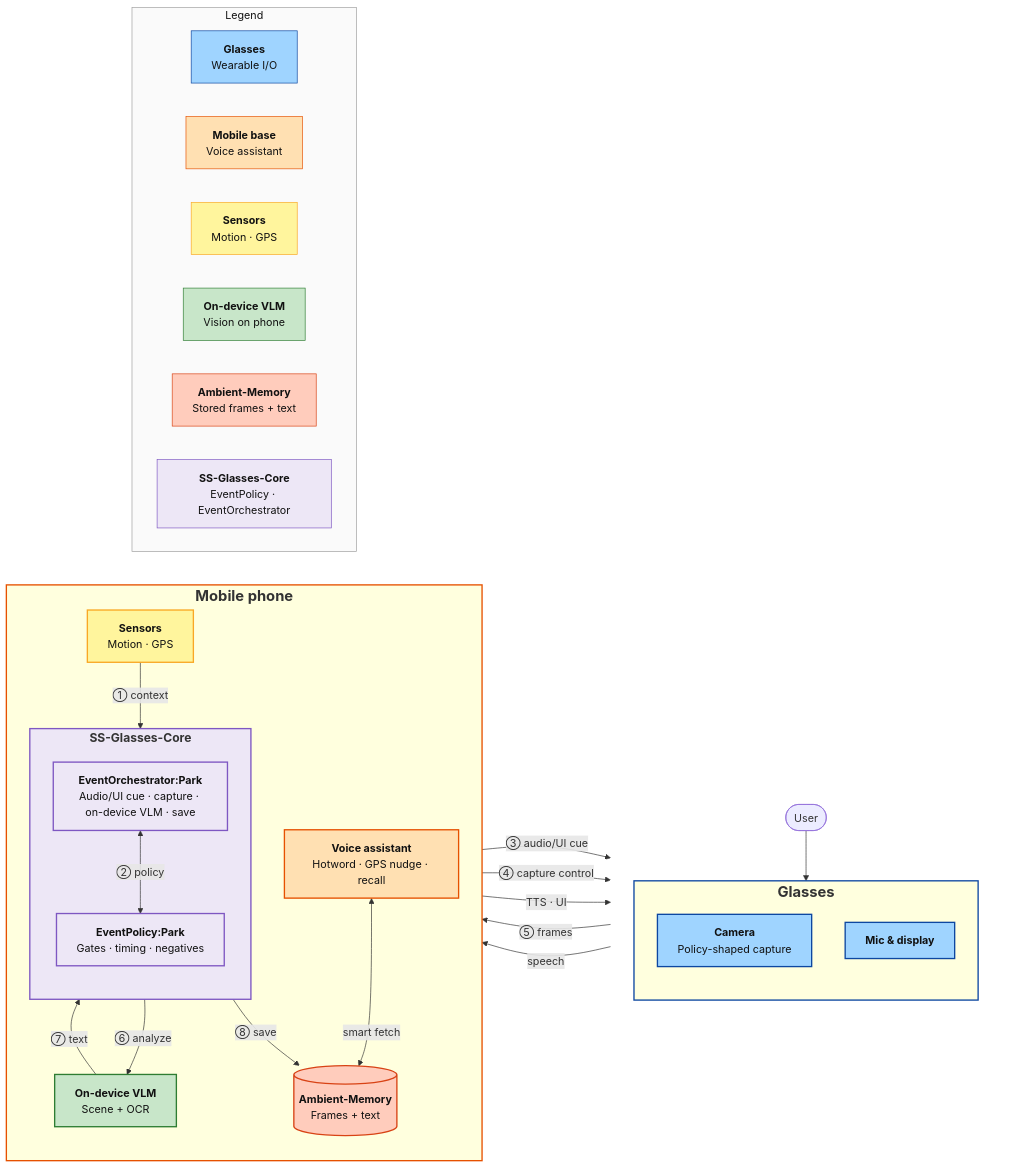
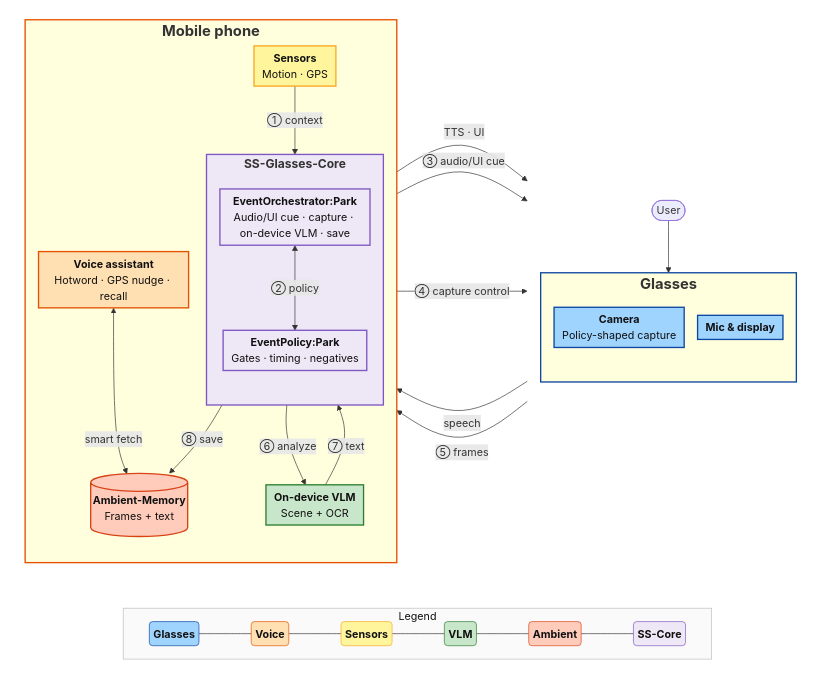
Before and after one commit to penkesiva/wer-26: the diagram in tmp/idea2_mark_car_parking_spot_architecture.mermaid, drawn with Mermaid. The commit also changed 3 other files, not shown here.

First line of the commit message:
docs(idea2|3): match idea1 compact bottom legend and TB layout

```diff
--- a/tmp/idea2_mark_car_parking_spot_architecture.mermaid
+++ b/tmp/idea2_mark_car_parking_spot_architecture.mermaid
@@ -1,90 +1,101 @@
 %% Idea 2 — Mark Car Parking Spot · mermaid.live
-%% LR columns: Glasses | Mobile (voice assistant inside) — Mic↔VA across column boundary
+%% TB: Glasses | Mobile on top, compact legend row below (tighter padding via init)
 %% <b>…</b> = bold title inside a box
 %% Glasses / Mobile phone labels: centered (native subgraph title), big + bold via HTML
-%%{init: {'flowchart': {'htmlLabels': true}}}%%
+%%{init: {'flowchart': {'htmlLabels': true, 'padding': 6, 'nodeSpacing': 20, 'rankSpacing': 28}}}%%
 
-flowchart LR
-    subgraph GCol[" "]
-        direction TB
-        User([User])
-        subgraph Glasses["<b><span style='font-size:22px'>Glasses</span></b>"]
+flowchart TB
+    subgraph MainRow[" "]
+        direction LR
+        subgraph GCol[" "]
             direction TB
-            Cam["<b>Camera</b><br/>Policy-shaped capture"]
-            Mic["<b>Mic & display</b>"]
+            User([User])
+            subgraph Glasses["<b><span style='font-size:22px'>Glasses</span></b>"]
+                direction TB
+                Cam["<b>Camera</b><br/>Policy-shaped capture"]
+                Mic["<b>Mic & display</b>"]
+            end
+        end
+
+        subgraph Mobile["<b><span style='font-size:22px'>Mobile phone</span></b>"]
+            direction TB
+            VA["<b>Voice assistant</b><br/>Hotword · GPS nudge · recall"]
+            Sens["<b>Sensors</b><br/>Motion · GPS"]
+            subgraph SSGC["<b><span style='font-size:18px'>SS-Glasses-Core</span></b>"]
+                direction TB
+                PolicyCP["<b>EventPolicy:Park</b><br/>Gates · timing · negatives"]
+                OrchCP["<b>EventOrchestrator:Park</b><br/>Audio/UI cue · capture · on-device VLM · save"]
+            end
+            VLM["<b>On-device VLM</b><br/>Scene + OCR"]
+            AMEM[("<b>Ambient-Memory</b><br/>Frames + text")]
         end
     end
 
-    subgraph Mobile["<b><span style='font-size:22px'>Mobile phone</span></b>"]
-        direction TB
-        VA["<b>Voice assistant</b><br/>Hotword · GPS nudge · recall"]
-        Sens["<b>Sensors</b><br/>Motion · GPS"]
-        subgraph SSGC["<b><span style='font-size:18px'>SS-Glasses-Core</span></b>"]
-            direction TB
-            PolicyCP["<b>EventPolicy:Park</b><br/>Gates · timing · negatives"]
-            OrchCP["<b>EventOrchestrator:Park</b><br/>Audio/UI cue · capture · on-device VLM · save"]
+    subgraph BottomDeck[" "]
+        direction RL
+        subgraph LegendRow["Legend"]
+            direction LR
+            LgG("<b>Glasses</b>")
+            LgM("<b>Voice</b>")
+            LgSen("<b>Sensors</b>")
+            LgL("<b>VLM</b>")
+            LgA("<b>Ambient</b>")
+            LgS("<b>SS-Core</b>")
+            LgG --- LgM --- LgSen --- LgL --- LgA --- LgS
         end
-        VLM["<b>On-device VLM</b><br/>Scene + OCR"]
-        AMEM[("<b>Ambient-Memory</b><br/>Frames + text")]
     end
 
-    subgraph Legend["Legend"]
-        direction LR
-        LgG["<b>Glasses</b><br/>Wearable I/O"]
-        LgM["<b>Mobile base</b><br/>Voice assistant"]
-        LgSen["<b>Sensors</b><br/>Motion · GPS"]
-        LgL["<b>On-device VLM</b><br/>Vision on phone"]
-        LgA["<b>Ambient-Memory</b><br/>Stored frames + text"]
-        LgS["<b>SS-Glasses-Core</b><br/>EventPolicy · EventOrchestrator"]
-    end
+    MainRow ~~~ BottomDeck
 
     Sens -->|"① context"| OrchCP
     OrchCP <-->|"② policy"| PolicyCP
 
     OrchCP -->|"③ audio/UI cue"| Mic
     OrchCP -->|"④ capture control"| Cam
     Cam -->|"⑤ frames"| OrchCP
 
     OrchCP -->|"⑥ analyze"| VLM
     VLM -->|"⑦ text"| OrchCP
     OrchCP -->|"⑧ save"| AMEM
 
     User --> Mic
     Mic -->|speech| VA
     VA -->|TTS · UI| Mic
     VA <-->|smart fetch| AMEM
 
     classDef glasses fill:#9fd4ff,stroke:#0d47a1,color:#111,stroke-width:2px
     classDef mobile fill:#ffe0b2,stroke:#e65100,color:#111,stroke-width:2px
     classDef sensors fill:#fff59d,stroke:#f9a825,color:#111,stroke-width:2px
     classDef onDeviceVlm fill:#c8e6c9,stroke:#2e7d32,color:#111,stroke-width:2px
     classDef ambientMem fill:#ffccbc,stroke:#d84315,color:#111,stroke-width:2px
     classDef ssCoreLight fill:#ede7f6,stroke:#7e57c2,color:#111,stroke-width:2px
     classDef legendGlasses fill:#9fd4ff,stroke:#0d47a1,color:#111
     classDef legendMobile fill:#ffe0b2,stroke:#e65100,color:#111
     classDef legendSensors fill:#fff59d,stroke:#f9a825,color:#111
     classDef legendVlm fill:#c8e6c9,stroke:#2e7d32,color:#111
     classDef legendAmbient fill:#ffccbc,stroke:#d84315,color:#111
     classDef legendSS fill:#ede7f6,stroke:#7e57c2,color:#111
-    classDef legendFrame fill:#fafafa,stroke:#9e9e9e,color:#111
     classDef colHidden fill:none,stroke:none,color:#111
 
     style SSGC fill:#ede7f6,stroke:#7e57c2,stroke-width:2px
     style GCol fill:none,stroke:none
     style Glasses stroke:#0d47a1,stroke-width:2px
     style Mobile stroke:#e65100,stroke-width:2px
+    style MainRow fill:none,stroke:none
+    style LegendRow fill:#fafafa,stroke:#bdbdbd,color:#111,stroke-width:1px
+    style BottomDeck fill:none,stroke:none
 
     class Cam,Mic glasses
     class Sens sensors
     class VA mobile
     class VLM onDeviceVlm
     class AMEM ambientMem
     class PolicyCP,OrchCP ssCoreLight
     class GCol colHidden
-    class Legend legendFrame
+
     class LgG legendGlasses
     class LgM legendMobile
     class LgSen legendSensors
     class LgL legendVlm
     class LgA legendAmbient
     class LgS legendSS
```
